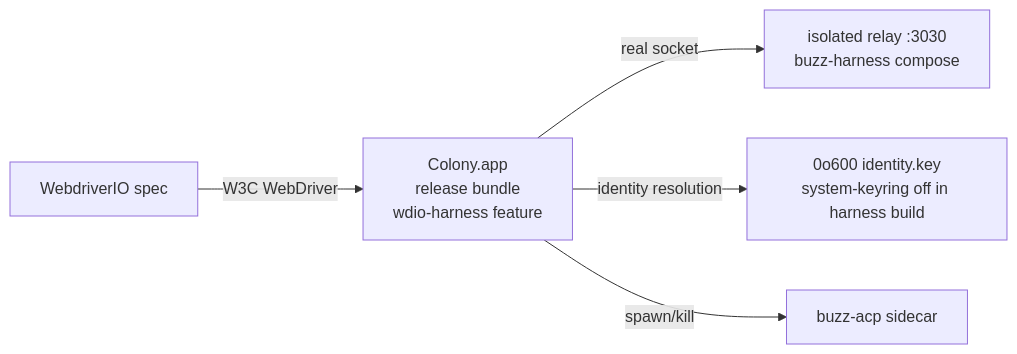
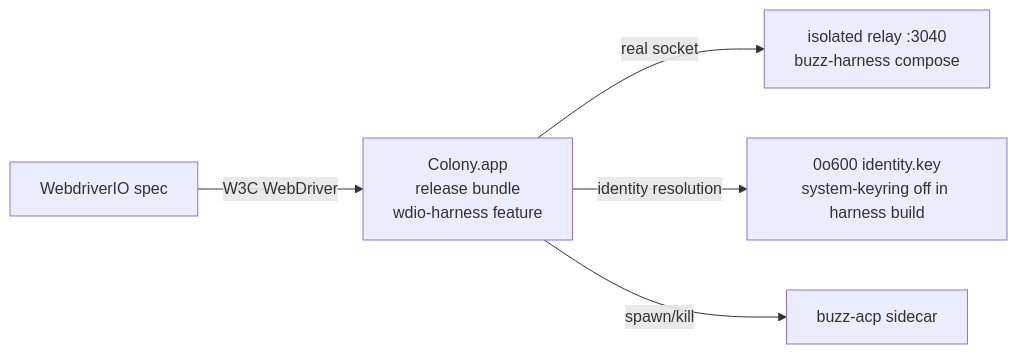
The diagram in desktop/e2e-real-shell/README.md (AI-Native-Ventures/Colony), drawn with Mermaid before and after one commit. The commit also changed other lines of this file and 25 other files, not shown here.

````diff
--- a/desktop/e2e-real-shell/README.md
+++ b/desktop/e2e-real-shell/README.md
@@ -8,7 +8,7 @@
 ```mermaid
 flowchart LR
     WDIO[WebdriverIO spec] -->|W3C WebDriver| APP[Colony.app<br/>release bundle<br/>wdio-harness feature]
-    APP -->|real socket| RELAY[isolated relay :3030<br/>buzz-harness compose]
+    APP -->|real socket| RELAY[isolated relay :3040<br/>buzz-harness compose]
     APP -->|identity resolution| ID[0o600 identity.key<br/>system-keyring off in harness build]
     APP -->|spawn/kill| SIDE[buzz-acp sidecar]
 ```
````
